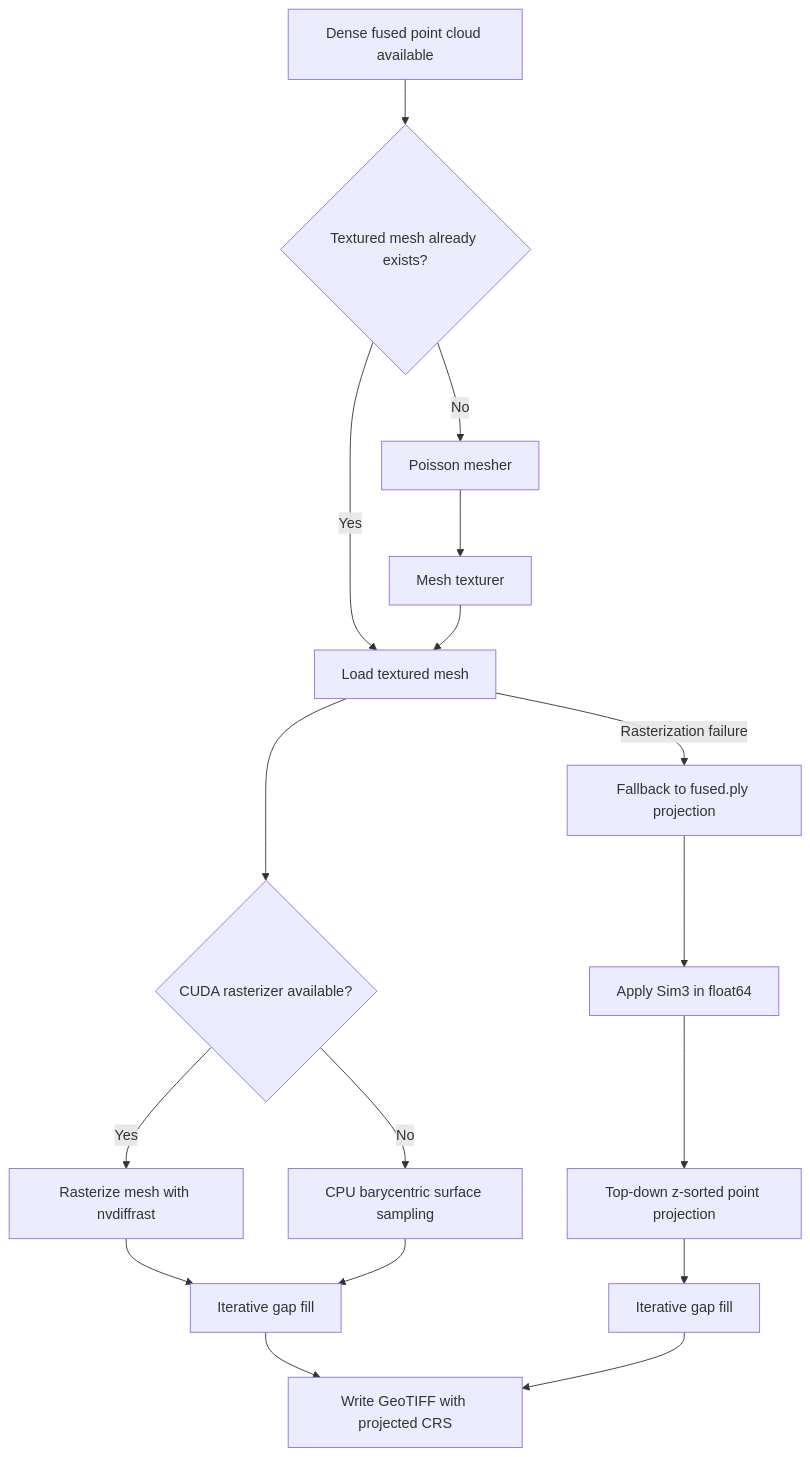
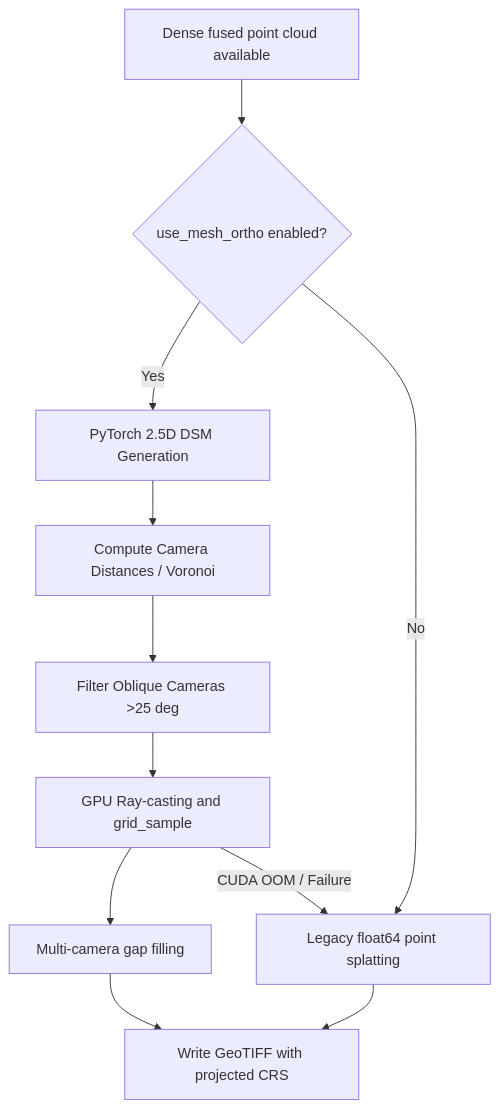
One commit to olivelb/DroneAI changed the fourth of 8 diagrams in DOCUMENTATION.md. Above: the diagram before and after it, drawn with Mermaid. The commit also changed other lines of this file and 2 other files, not shown here.

Commit message:
feat: True Orthophoto stability, float64 precision, dynamic resolution and oblique camera filtering

````diff
--- a/DOCUMENTATION.md
+++ b/DOCUMENTATION.md
@@ -734,19 +736,13 @@
 ```mermaid
 flowchart TD
-    A[Dense fused point cloud available] --> B{Textured mesh already exists?}
-    B -->|Yes| E[Load textured mesh]
-    B -->|No| C[Poisson mesher]
-    C --> D[Mesh texturer]
-    D --> E[Load textured mesh]
-    E --> F{CUDA rasterizer available?}
-    F -->|Yes| G[Rasterize mesh with nvdiffrast]
-    F -->|No| H[CPU barycentric surface sampling]
-    G --> I[Iterative gap fill]
-    H --> I[Iterative gap fill]
-    I --> J[Write GeoTIFF with projected CRS]
-    E -->|Rasterization failure| K[Fallback to fused.ply projection]
-    K --> L[Apply Sim3 in float64]
-    L --> M[Top-down z-sorted point projection]
-    M --> N[Iterative gap fill]
-    N --> J
+    A[Dense fused point cloud available] --> B{use_mesh_ortho enabled?}
+    B -->|Yes| C[PyTorch 2.5D DSM Generation]
+    C --> D[Compute Camera Distances / Voronoi]
+    D --> E[Filter Oblique Cameras >25 deg]
+    E --> F[GPU Ray-casting and grid_sample]
+    F --> G[Multi-camera gap filling]
+    G --> H[Write GeoTIFF with projected CRS]
+    B -->|No| I[Legacy float64 point splatting]
+    F -->|CUDA OOM / Failure| I
+    I --> H
 ```
````
